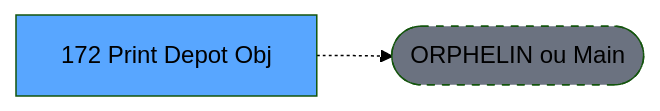
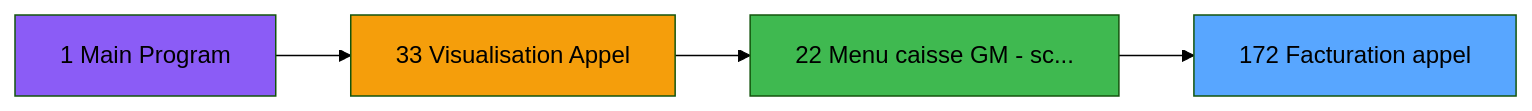
The second of 3 diagrams in .openspec/specs/ADH-IDE-172.md (thonyAGP/magic-migration), drawn with Mermaid (forest theme) before and after one commit. The commit also changed other lines of this file and 311 other files, not shown here.

````diff
--- a/.openspec/specs/ADH-IDE-172.md
+++ b/.openspec/specs/ADH-IDE-172.md
@@ -126,8 +366,14 @@
 ```mermaid
 graph LR
-    T[172 Print Depot Obj]
-    ORPHAN([ORPHELIN ou Main])
-    T -.-> ORPHAN
-    style T fill:#58a6ff,color:#000
-    style ORPHAN fill:#6b7280,stroke-dasharray: 5 5
+    T172[172 Facturation appel]
+    style T172 fill:#58a6ff
+    CC1[1 Main Program]
+    style CC1 fill:#8b5cf6
+    CC33[33 Visualisation Appel]
+    style CC33 fill:#f59e0b
+    CC22[22 Menu caisse GM - sc...]
+    style CC22 fill:#3fb950
+    CC33 --> CC22
+    CC1 --> CC33
+    CC22 --> T172
 ```
````
